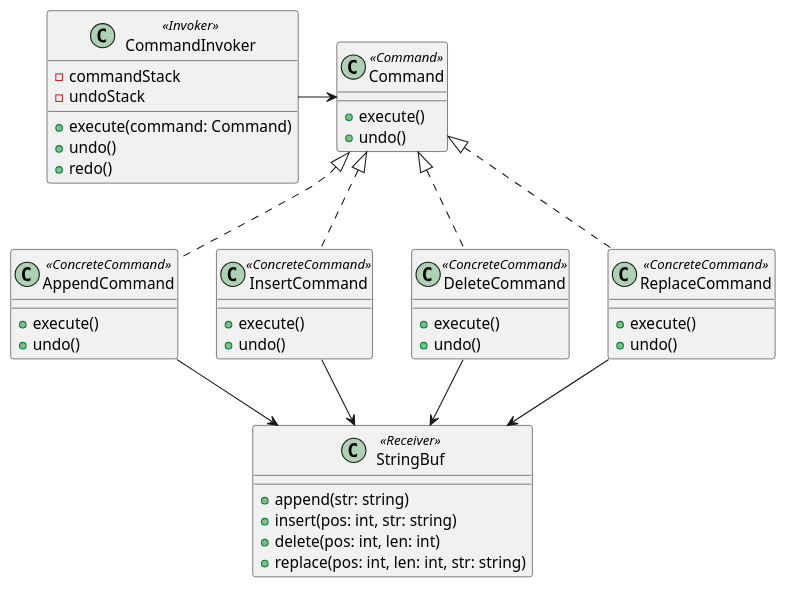
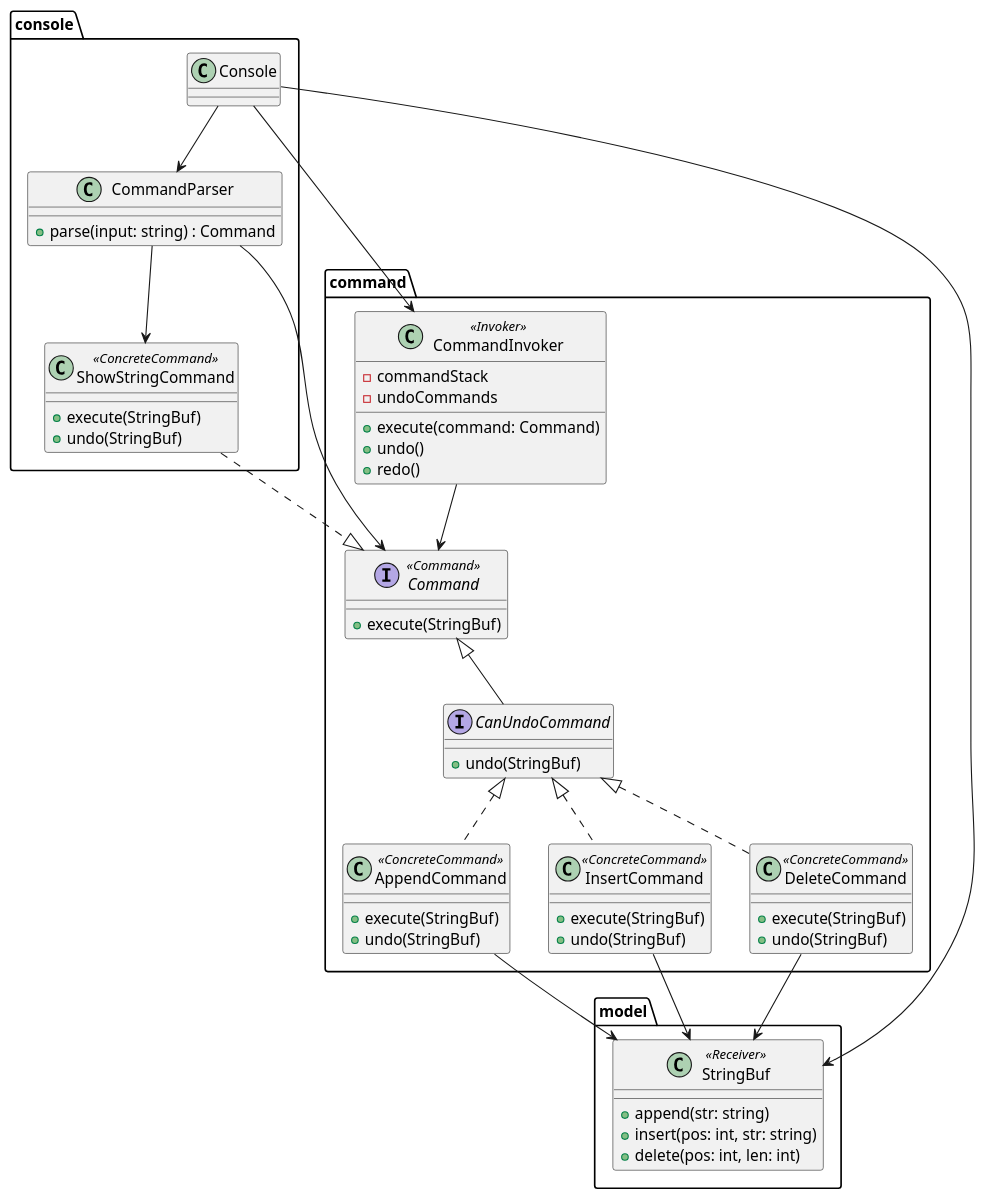
Before and after one commit to Heeqw/Software-Design: the second of 3 diagrams in src/main/java/designpattern/command/README.md, drawn with PlantUML. The commit also changed other lines of this file and 25 other files, not shown here.

````diff
--- a/src/main/java/designpattern/command/README.md
+++ b/src/main/java/designpattern/command/README.md
@@ -37,47 +39,74 @@
 ```plantuml
 @startuml
-class StringBuf <<Receiver>> {
-    +append(str: string)
-    +insert(pos: int, str: string)
-    +delete(pos: int, len: int)
-    +replace(pos: int, len: int, str: string)
+
+
+package model{
+    class StringBuf <<Receiver>> {
+        +append(str: string)
+        +insert(pos: int, str: string)
+        +delete(pos: int, len: int)
+    }
+}
+package command{
+
+    interface Command <<Command>> {
+        +execute(StringBuf)
+    }
+
+    interface CanUndoCommand extends Command{
+        +undo(StringBuf)
+    }
+
+    class AppendCommand<<ConcreteCommand>> implements CanUndoCommand {
+        +execute(StringBuf)
+        +undo(StringBuf)
+    }
+    class InsertCommand<<ConcreteCommand>> implements CanUndoCommand {
+        +execute(StringBuf)
+        +undo(StringBuf)
+    }
+    class DeleteCommand<<ConcreteCommand>> implements CanUndoCommand {
+        +execute(StringBuf)
+        +undo(StringBuf)
+    }
+
+    class CommandInvoker<<Invoker>> {
+        -commandStack
+        -undoCommands
+
+        +execute(command: Command)
+        +undo()
+        +redo()
+    }
+    CommandInvoker --> Command
+
 }
 
-class Command <<Command>> {
-    +execute()
-    +undo()
-}
-class AppendCommand<<ConcreteCommand>> implements Command {
-    +execute()
-    +undo()
-}
-class InsertCommand<<ConcreteCommand>> implements Command {
-    +execute()
-    +undo()
-}
-class DeleteCommand<<ConcreteCommand>> implements Command {
-    +execute()
-    +undo()
-}
-class ReplaceCommand<<ConcreteCommand>> implements Command {
-    +execute()
-    +undo()
-}
+package console{
+    class CommandParser{
+        +parse(input: string) : Command
+    }
 
-class CommandInvoker<<Invoker>> {
-    -commandStack
-    -undoStack
+    class ShowStringCommand<<ConcreteCommand>> {
+        +execute(StringBuf)
+        +undo(StringBuf)
+    }
 
-    +execute(command: Command)
-    +undo()
-    +redo()
+    class Console
+
+    Console --> CommandParser
+    CommandParser --> ShowStringCommand
+
+    
 }
 
 AppendCommand --> StringBuf
 InsertCommand --> StringBuf
 DeleteCommand --> StringBuf
-ReplaceCommand --> StringBuf
+Console -> StringBuf
+CommandParser --> Command
+ShowStringCommand ..|> Command 
+Console -> CommandInvoker
 
-CommandInvoker -> Command
 @enduml
 ```
````
